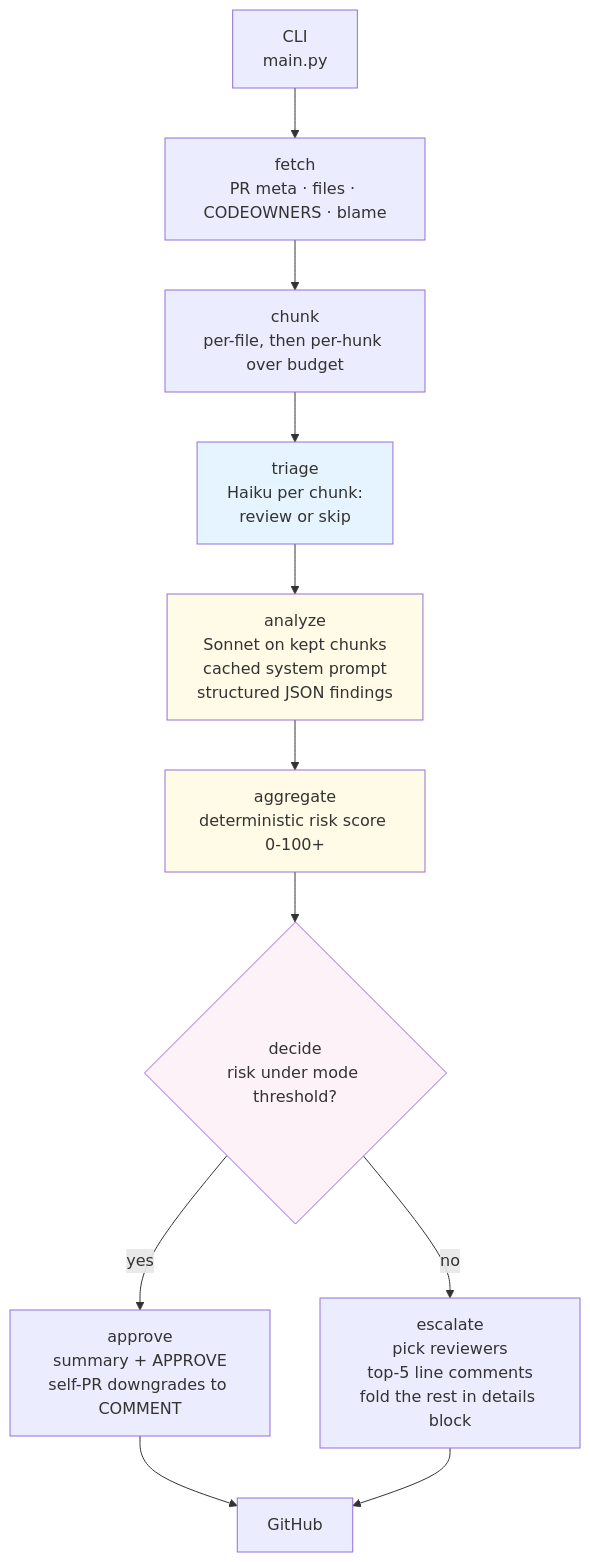
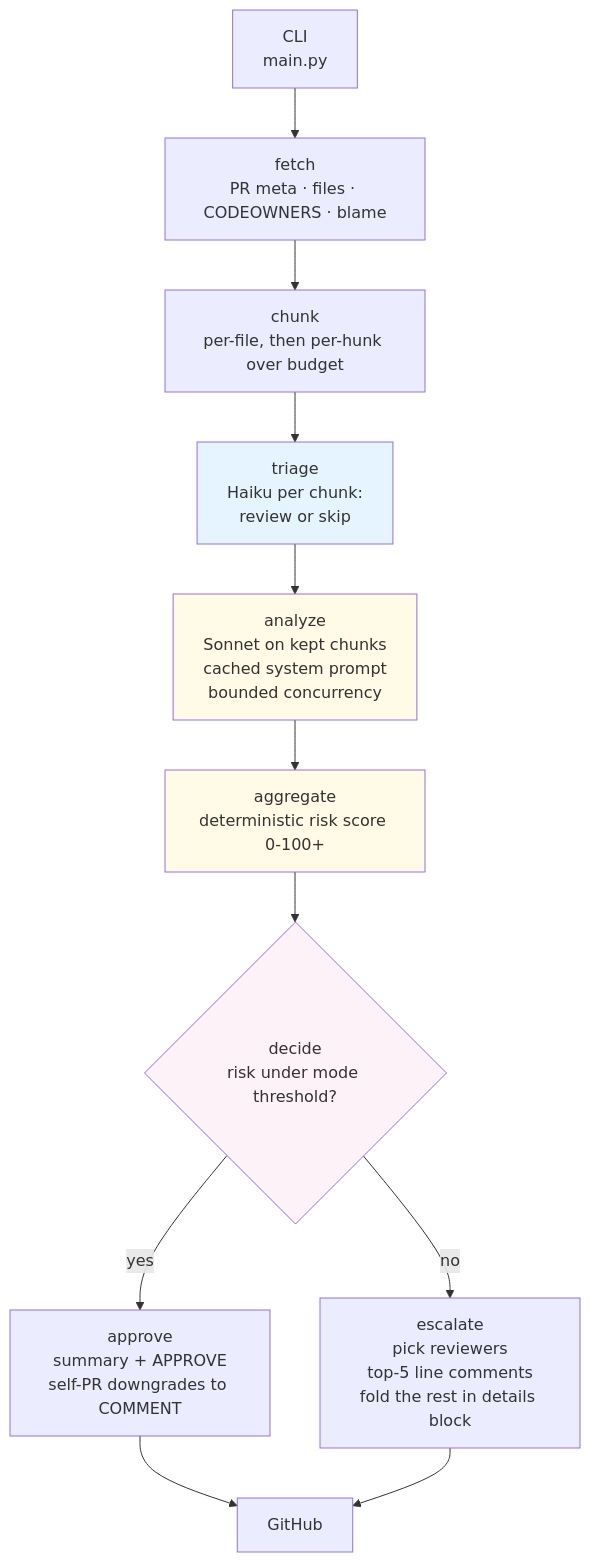
Before and after one commit to Kikks/yenta: the diagram in README.md, drawn with Mermaid. The commit also changed other lines of this file, not shown here.

````diff
--- a/README.md
+++ b/README.md
@@ -75,18 +124,18 @@
 ```mermaid
 flowchart TD
     A["CLI<br/>main.py"] --> B["fetch<br/>PR meta · files · CODEOWNERS · blame"]
     B --> C["chunk<br/>per-file, then per-hunk over budget"]
     C --> T["triage<br/>Haiku per chunk:<br/>review or skip"]
-    T --> D["analyze<br/>Sonnet on kept chunks<br/>cached system prompt<br/>structured JSON findings"]
+    T --> D["analyze<br/>Sonnet on kept chunks<br/>cached system prompt<br/>bounded concurrency"]
     D --> E["aggregate<br/>deterministic risk score 0-100+"]
     E --> F{"decide<br/>risk under mode threshold?"}
     F -->|yes| G["approve<br/>summary + APPROVE<br/>self-PR downgrades to COMMENT"]
     F -->|no| H["escalate<br/>pick reviewers<br/>top-5 line comments<br/>fold the rest in details block"]
     G --> I[GitHub]
     H --> I
 
     style T fill:#e6f4ff
     style D fill:#fffbe6
     style E fill:#fffbe6
     style F fill:#fdf2f8
 ```
````
